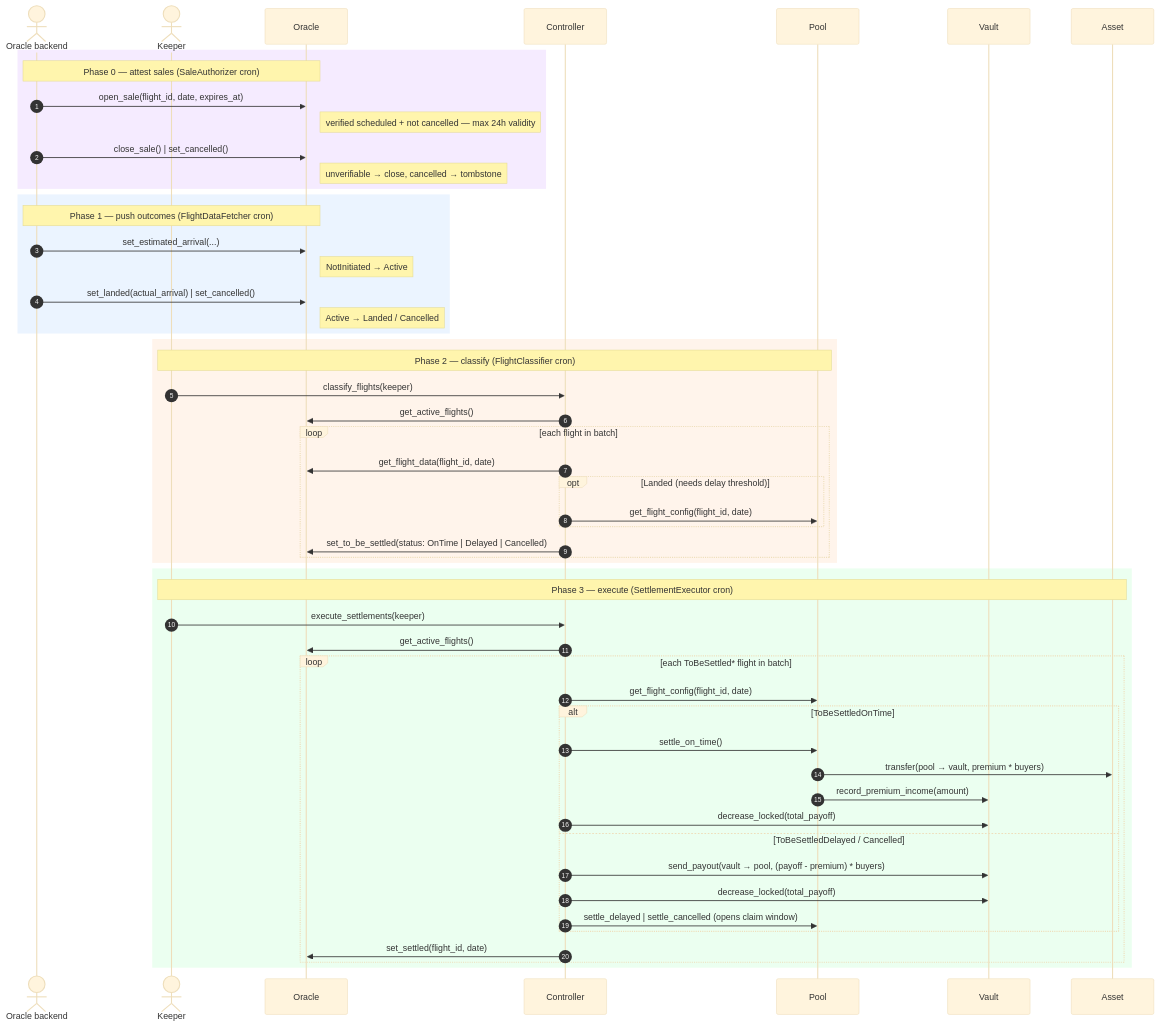
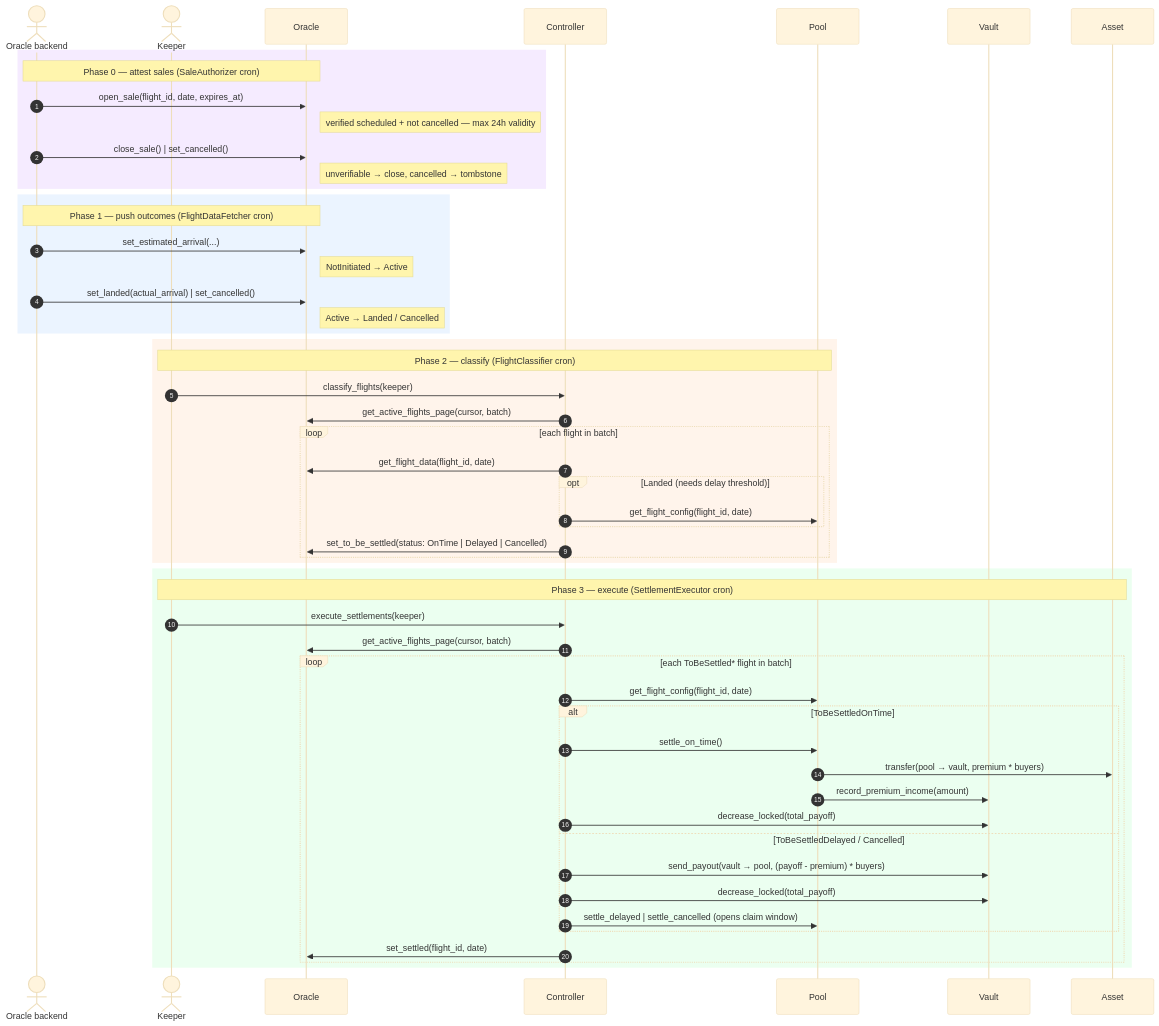
One commit to SentinelFi/sentinel_soroban_v3 changed the fifth of 6 diagrams in sequence_diagrams.md. Above: the diagram before and after it, drawn with Mermaid (base theme). The commit also changed 30 other files, not shown here.

````diff
--- a/sequence_diagrams.md
+++ b/sequence_diagrams.md
@@ -220,60 +220,60 @@
 ```mermaid
 sequenceDiagram
     autonumber
     actor OB as Oracle backend
     actor Keeper
     participant Oracle as Oracle
     participant Ctrl as Controller
     participant Pool as Pool
     participant Vault as Vault
     participant Asset as Asset
 
     rect rgb(245, 235, 255)
     Note over OB,Oracle: Phase 0 — attest sales (SaleAuthorizer cron)
     OB->>Oracle: open_sale(flight_id, date, expires_at)
     Note right of Oracle: verified scheduled + not cancelled — max 24h validity
     OB->>Oracle: close_sale() | set_cancelled()
     Note right of Oracle: unverifiable → close, cancelled → tombstone
     end
 
     rect rgb(235, 244, 255)
     Note over OB,Oracle: Phase 1 — push outcomes (FlightDataFetcher cron)
     OB->>Oracle: set_estimated_arrival(...)
     Note right of Oracle: NotInitiated → Active
     OB->>Oracle: set_landed(actual_arrival) | set_cancelled()
     Note right of Oracle: Active → Landed / Cancelled
     end
 
     rect rgb(255, 244, 235)
     Note over Keeper,Pool: Phase 2 — classify (FlightClassifier cron)
     Keeper->>Ctrl: classify_flights(keeper)
-    Ctrl->>Oracle: get_active_flights()
+    Ctrl->>Oracle: get_active_flights_page(cursor, batch)
     loop each flight in batch
         Ctrl->>Oracle: get_flight_data(flight_id, date)
         opt Landed (needs delay threshold)
             Ctrl->>Pool: get_flight_config(flight_id, date)
         end
         Ctrl->>Oracle: set_to_be_settled(status: OnTime | Delayed | Cancelled)
     end
     end
 
     rect rgb(235, 255, 240)
     Note over Keeper,Asset: Phase 3 — execute (SettlementExecutor cron)
     Keeper->>Ctrl: execute_settlements(keeper)
-    Ctrl->>Oracle: get_active_flights()
+    Ctrl->>Oracle: get_active_flights_page(cursor, batch)
     loop each ToBeSettled* flight in batch
         Ctrl->>Pool: get_flight_config(flight_id, date)
         alt ToBeSettledOnTime
             Ctrl->>Pool: settle_on_time()
             Pool->>Asset: transfer(pool → vault, premium * buyers)
             Pool->>Vault: record_premium_income(amount)
             Ctrl->>Vault: decrease_locked(total_payoff)
         else ToBeSettledDelayed / Cancelled
             Ctrl->>Vault: send_payout(vault → pool, (payoff - premium) * buyers)
             Ctrl->>Vault: decrease_locked(total_payoff)
             Ctrl->>Pool: settle_delayed | settle_cancelled (opens claim window)
         end
         Ctrl->>Oracle: set_settled(flight_id, date)
     end
     end
 ```
````
